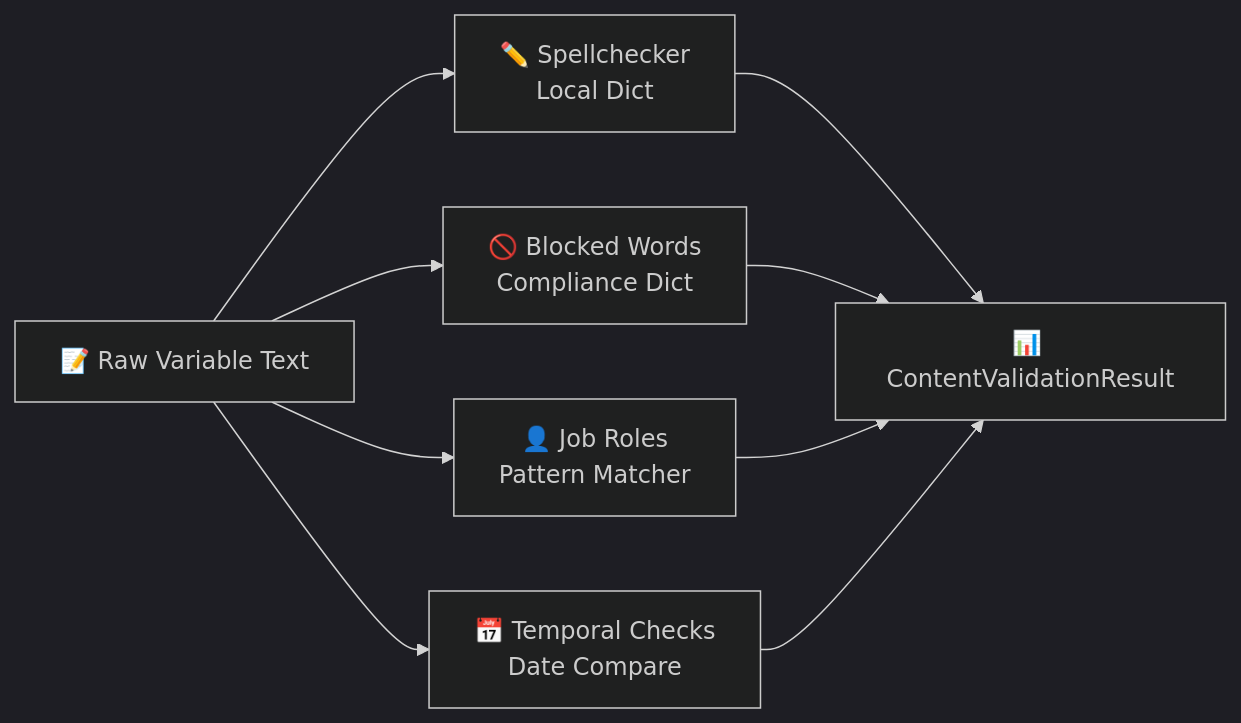
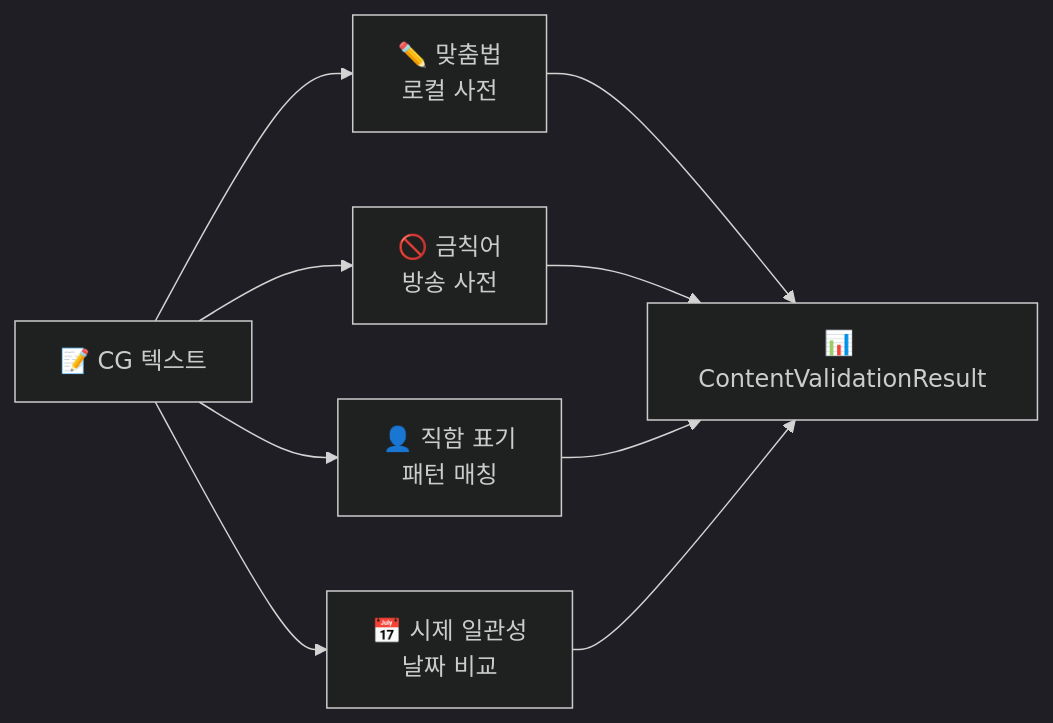
Before and after one commit to gkisanet/webcg-k: the fourth of 6 diagrams in webcg-k/docs/guide/NRCS_CUESHEET_WORKFLOW.md, drawn with Mermaid (dark theme). The commit also changed other lines of this file and 155 other files, not shown here.

````diff
--- a/webcg-k/docs/guide/NRCS_CUESHEET_WORKFLOW.md
+++ b/webcg-k/docs/guide/NRCS_CUESHEET_WORKFLOW.md
@@ -425,11 +426,11 @@
 ```mermaid
 flowchart LR
-    T["📝 Raw Variable Text"] --> S["✏️ Spellchecker<br/>Local Dict"]
-    T --> P["🚫 Blocked Words<br/>Compliance Dict"]
-    T --> N["👤 Job Roles<br/>Pattern Matcher"]
-    T --> D["📅 Temporal Checks<br/>Date Compare"]
+    T["📝 CG 텍스트"] --> S["✏️ 맞춤법<br/>로컬 사전"]
+    T --> P["🚫 금칙어<br/>방송 사전"]
+    T --> N["👤 직함 표기<br/>패턴 매칭"]
+    T --> D["📅 시제 일관성<br/>날짜 비교"]
     S --> R["📊 ContentValidationResult"]
     P --> R
     N --> R
     D --> R
 ```
````
